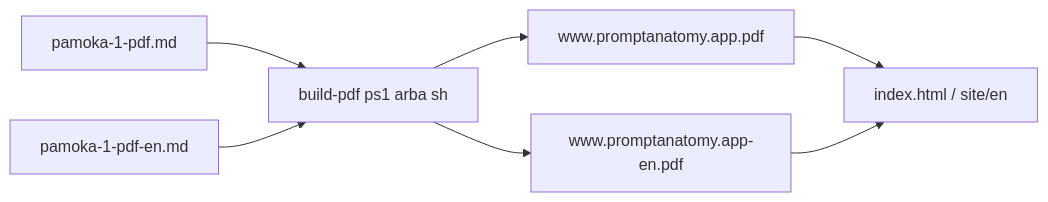
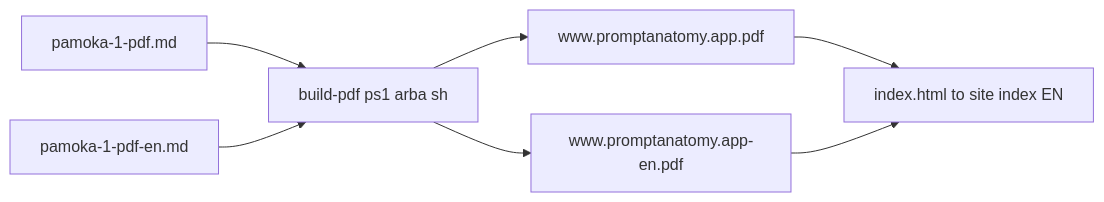
One commit to DITreneris/lead changed the first of 3 diagrams in .cursor/skills/data-agent/reference.md. Above: the diagram before and after it, drawn with Mermaid. The commit also changed 12 other files, not shown here.

````diff
--- a/.cursor/skills/data-agent/reference.md
+++ b/.cursor/skills/data-agent/reference.md
@@ -7,15 +7,15 @@
 ```mermaid
 flowchart LR
   mdLt[pamoka-1-pdf.md]
   mdEn[pamoka-1-pdf-en.md]
   buildScript[build-pdf ps1 arba sh]
   pdfLt[www.promptanatomy.app.pdf]
   pdfEn[www.promptanatomy.app-en.pdf]
-  indexPage[index.html / site/en]
+  indexPage[index.html to site index EN]
   mdLt --> buildScript
   mdEn --> buildScript
   buildScript --> pdfLt
   buildScript --> pdfEn
   pdfLt --> indexPage
   pdfEn --> indexPage
 ```
````
